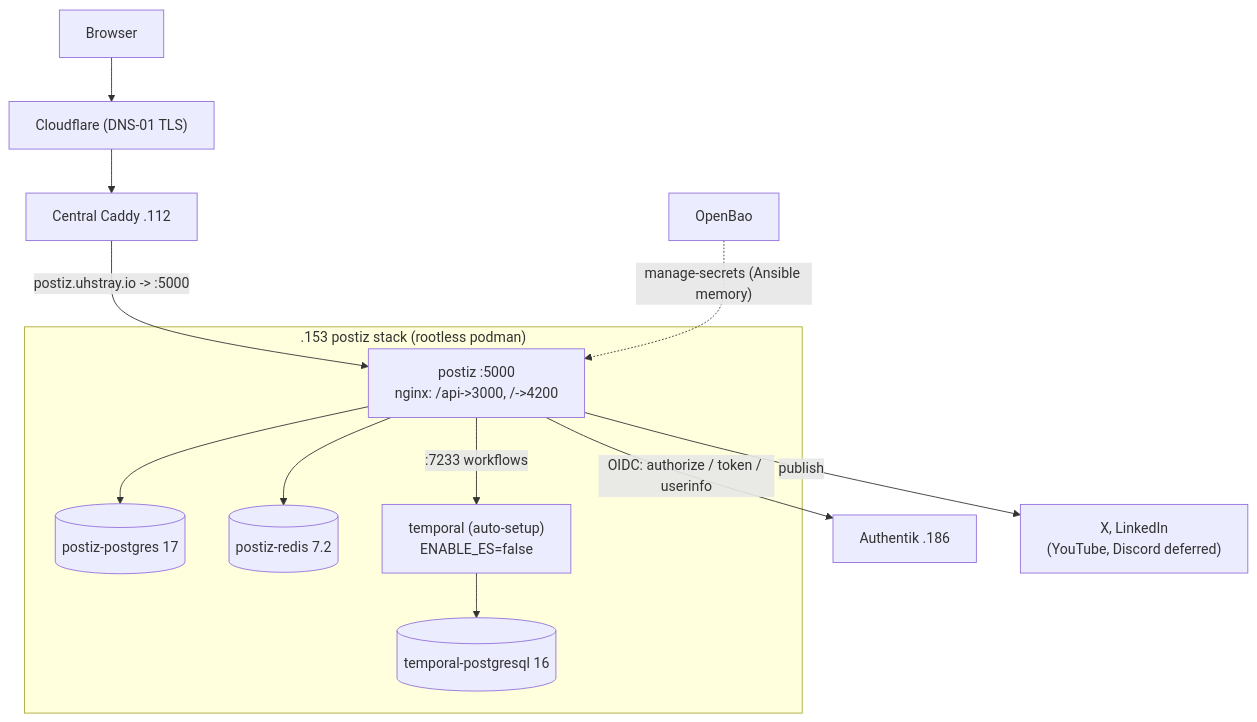
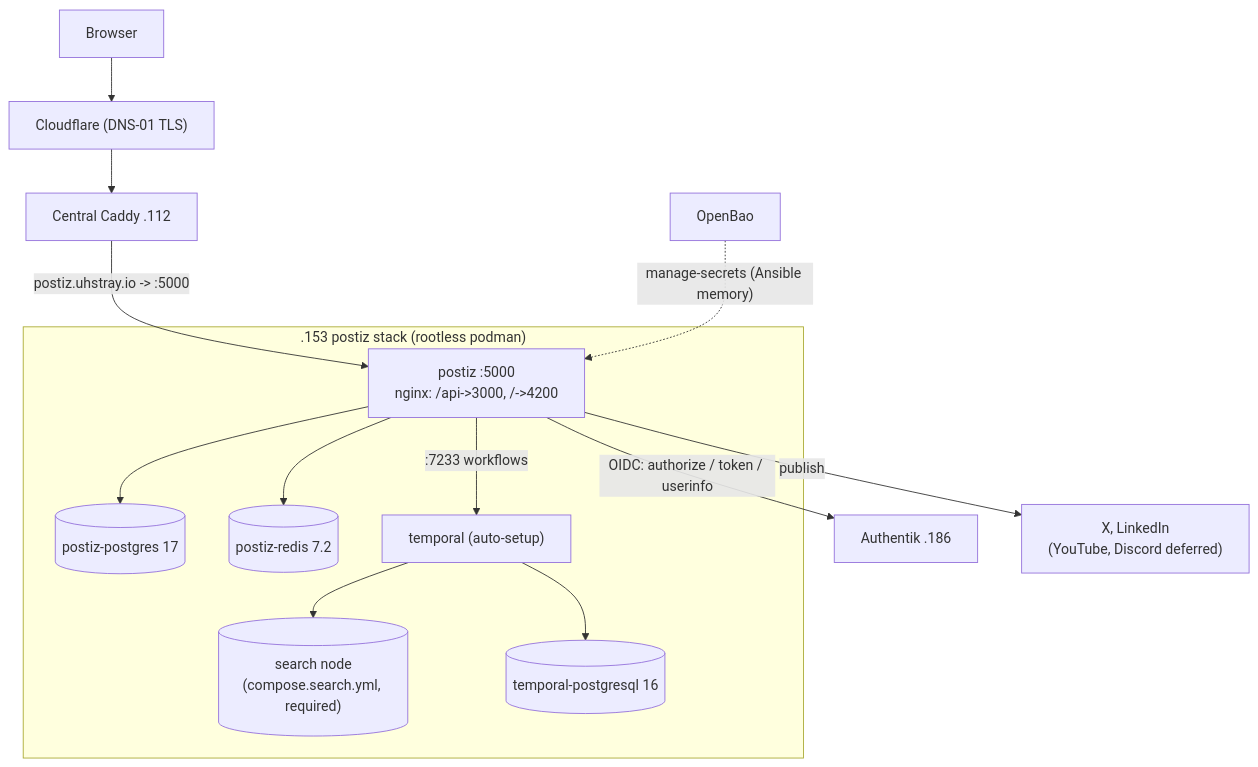
The diagram in plan/development/14-postiz-social-publishing.md (uhstray-io/agent-cloud), drawn with Mermaid before and after one commit. The commit also changed other lines of this file and 2 other files, not shown here.

Commit message:
docs(openspec): Postiz review fixes: search overlay is opt-out, diagram and D1 show it, 6.5 paths match the rollout [AC-762]

````diff
--- a/plan/development/14-postiz-social-publishing.md
+++ b/plan/development/14-postiz-social-publishing.md
@@ -42,18 +42,19 @@
 ```mermaid
 flowchart TD
     U["Browser"] --> CF["Cloudflare (DNS-01 TLS)"]
     CF --> CAD["Central Caddy .112"]
     CAD -->|"postiz.uhstray.io -> :5000"| PZ
 
     subgraph VM[".153 postiz stack (rootless podman)"]
         PZ["postiz :5000<br/>nginx: /api-&gt;3000, /-&gt;4200"]
         PZ --> PG[("postiz-postgres 17")]
         PZ --> RD[("postiz-redis 7.2")]
-        PZ -->|":7233 workflows"| TMP["temporal (auto-setup)<br/>ENABLE_ES=false"]
+        PZ -->|":7233 workflows"| TMP["temporal (auto-setup)"]
+        TMP --> ES[("search node<br/>(compose.search.yml, required)")]
         TMP --> TPG[("temporal-postgresql 16")]
     end
 
     PZ -->|"OIDC: authorize / token / userinfo"| AK["Authentik .186"]
     PZ -->|"publish"| SOC["X, LinkedIn<br/>(YouTube, Discord deferred)"]
     BAO["OpenBao"] -.->|"manage-secrets (Ansible memory)"| PZ
 ```
````
